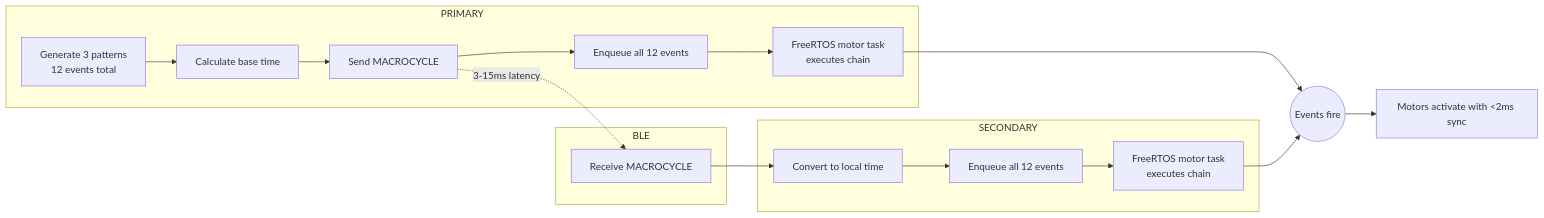
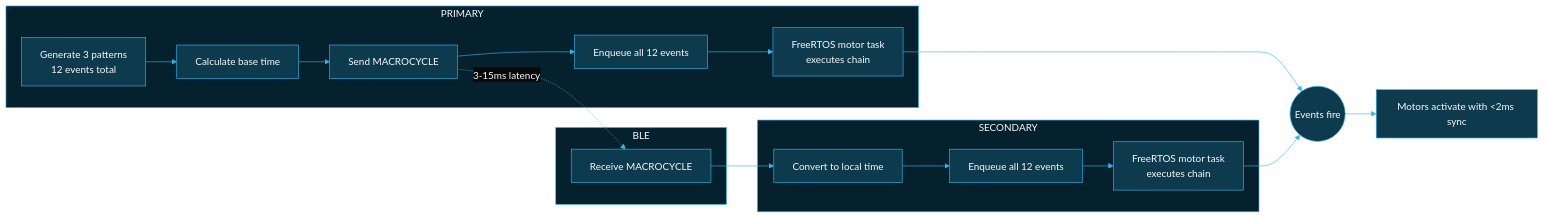
Before and after one commit to BlueBuzzah/BlueBuzzah-Firmware: the third of 5 diagrams in docs/SYNCHRONIZATION_PROTOCOL.md, drawn with Mermaid. The commit also changed other lines of this file and 12 other files, not shown here.

First line of the commit message:
docs: update system documentation to accurately reflect current state, update diagram formats and styling

````diff
--- a/docs/SYNCHRONIZATION_PROTOCOL.md
+++ b/docs/SYNCHRONIZATION_PROTOCOL.md
@@ -187,23 +260,38 @@
 ```mermaid
+%%{init: {'theme': 'base', 'themeVariables': {
+  'primaryColor': '#0d3a4d',
+  'primaryTextColor': '#fafafa',
+  'primaryBorderColor': '#35B6F2',
+  'lineColor': '#35B6F2',
+  'secondaryColor': '#05212D',
+  'tertiaryColor': '#0a0a0a',
+  'background': '#0a0a0a',
+  'mainBkg': '#0d3a4d',
+  'nodeBorder': '#35B6F2',
+  'clusterBkg': '#05212D',
+  'clusterBorder': '#35B6F2',
+  'titleColor': '#fafafa',
+  'edgeLabelBackground': '#0a0a0a'
+}}}%%
 flowchart LR
     subgraph PRIMARY
         A[Generate 3 patterns<br/>12 events total] --> B[Calculate base time]
         B --> C[Send MACROCYCLE]
         C --> D[Enqueue all 12 events]
         D --> E[FreeRTOS motor task<br/>executes chain]
     end
 
     subgraph BLE
         C -.->|3-15ms latency| F
     end
 
     subgraph SECONDARY
         F[Receive MACROCYCLE] --> G[Convert to local time]
         G --> H[Enqueue all 12 events]
         H --> I[FreeRTOS motor task<br/>executes chain]
     end
 
     E --> J((Events fire))
     I --> J
     J --> K[Motors activate with <2ms sync]
 ```
````
